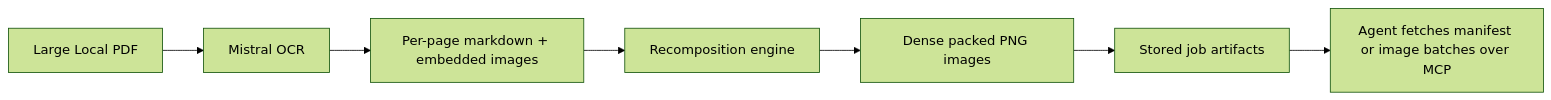
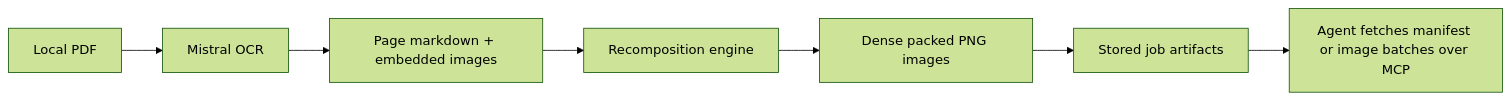
One commit to ChrBoebel/optical-context-mcp changed the diagram in README.md. Above: the diagram before and after it, drawn with Mermaid (forest theme). The commit also changed other lines of this file and 4 other files, not shown here.

````diff
--- a/README.md
+++ b/README.md
@@ -76,9 +104,9 @@
 ```mermaid
 flowchart LR
-    A["Large Local PDF"] --> B["Mistral OCR"]
-    B --> C["Per-page markdown + embedded images"]
+    A["Local PDF"] --> B["Mistral OCR"]
+    B --> C["Page markdown + embedded images"]
     C --> D["Recomposition engine"]
     D --> E["Dense packed PNG images"]
     E --> F["Stored job artifacts"]
     F --> G["Agent fetches manifest or image batches over MCP"]
 ```
````
